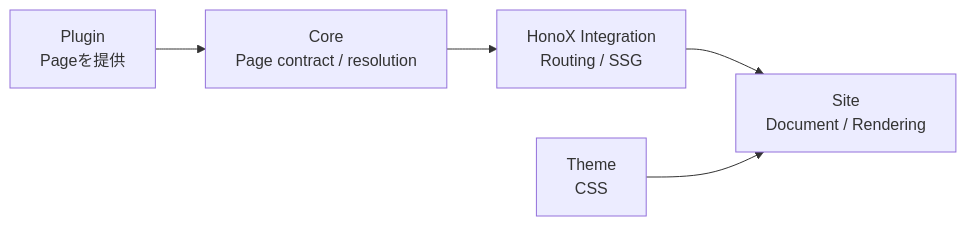
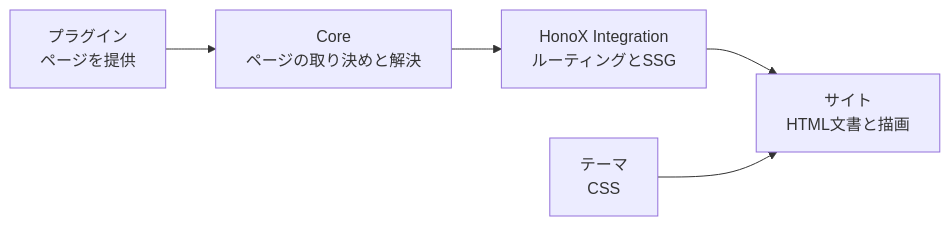
The third of 14 diagrams in docs/docs/framework/page-system.ja.md (Rerurate514/riebeckite), drawn with Mermaid before and after one commit. The commit also changed other lines of this file and 310 other files, not shown here.

````diff
--- a/docs/docs/framework/page-system.ja.md
+++ b/docs/docs/framework/page-system.ja.md
@@ -89,13 +81,13 @@
 ```mermaid id="7jv9lo"
 flowchart LR
-    Plugin["Plugin<br/>Pageを提供"]
-    Core["Core<br/>Page contract / resolution"]
-    Integration["HonoX Integration<br/>Routing / SSG"]
-    Site["Site<br/>Document / Rendering"]
-    Theme["Theme<br/>CSS"]
+    Plugin["プラグイン<br/>ページを提供"]
+    Core["Core<br/>ページの取り決めと解決"]
+    Integration["HonoX Integration<br/>ルーティングとSSG"]
+    Site["サイト<br/>HTML文書と描画"]
+    Theme["テーマ<br/>CSS"]
 
     Plugin --> Core
     Core --> Integration
     Integration --> Site
     Theme --> Site
 ```
````
